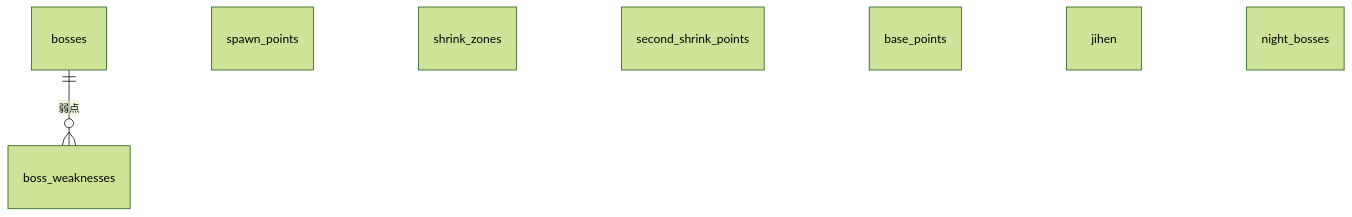
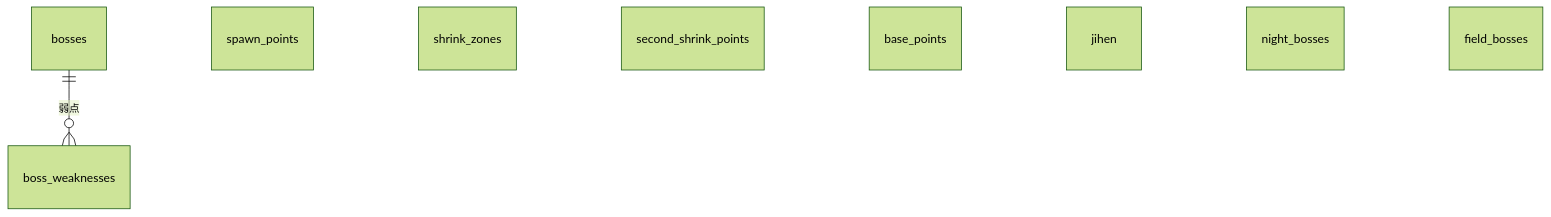
One commit to Kaito-Nishihara/EldenRing_Nightreign_Tools changed the first of 3 diagrams in docs/design/common-database.md. Above: the diagram before and after it, drawn with Mermaid (forest theme). The commit also changed other lines of this file and 6 other files, not shown here.

````diff
--- a/docs/design/common-database.md
+++ b/docs/design/common-database.md
@@ -165,10 +173,11 @@
 ```mermaid
 erDiagram
     bosses ||--o{ boss_weaknesses : "弱点"
     spawn_points
     shrink_zones
     second_shrink_points
     base_points
     jihen
     night_bosses
+    field_bosses
 ```
````
